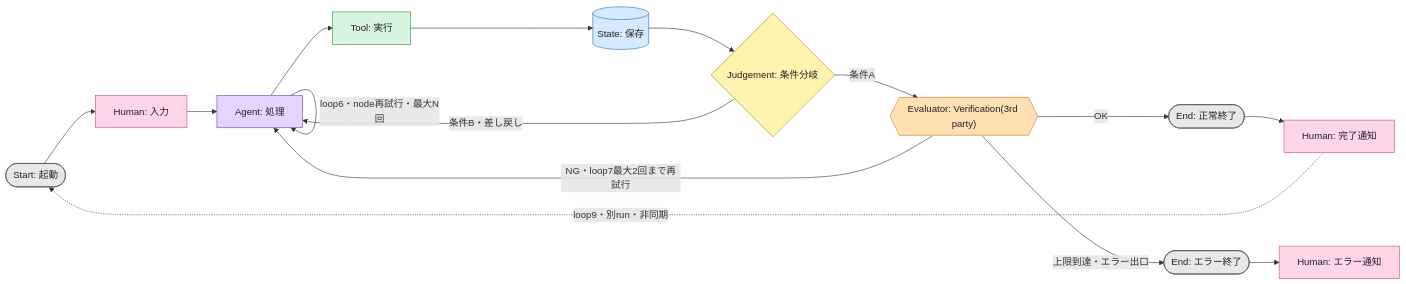
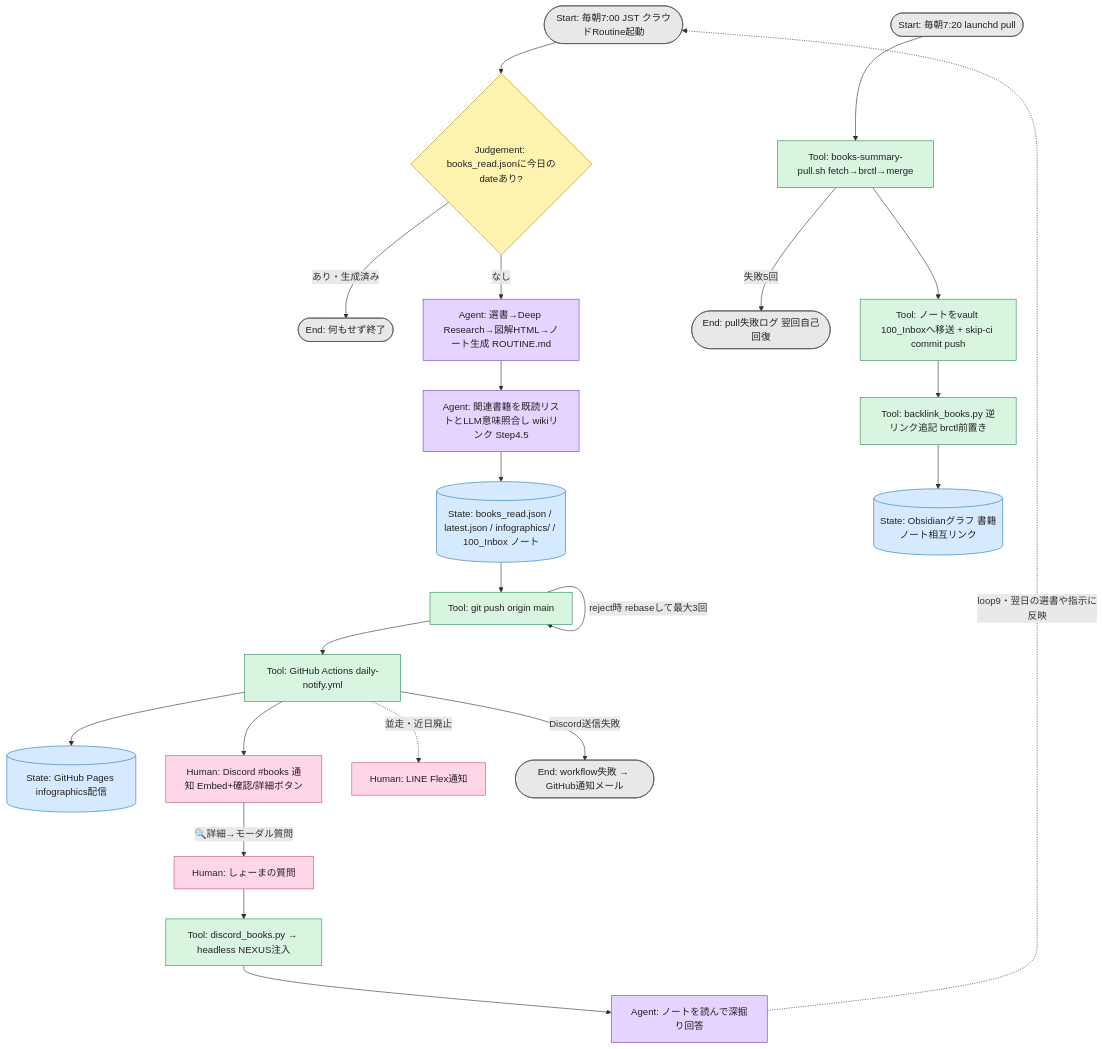
Before and after one commit to oshomadesse/books-summary: the diagram in README.md, drawn with Mermaid. The commit also changed other lines of this file and 3 other files, not shown here.

````diff
--- a/README.md
+++ b/README.md
@@ -62,27 +62,33 @@
 ```mermaid
-flowchart LR
-    %% プロジェクトごとにサンプルノードを実際のNode・Edge・Stateへ置き換える。
+flowchart TD
     %% この図はHumanがグラフを監視する唯一の場所。Node・Edge・Loop・State変更時は同じpushで必ず更新する（.claude/rules/docs-sync.md）。
-    Start([Start: 起動]):::startend --> H[Human: 入力]:::human
-    H --> A[Agent: 処理]:::agent
-    A -->|loop6・node再試行・最大N回| A
-    A --> T[Tool: 実行]:::tool
-    T --> S[(State: 保存)]:::state
-    S --> J{Judgement: 条件分岐}:::judgement
-    J -->|条件A| E{{"Evaluator: Verification(3rd party)"}}:::evaluator
-    J -->|条件B・差し戻し| A
-    E -->|OK| End([End: 正常終了]):::startend
-    E -->|NG・loop7最大2回まで再試行| A
-    E -->|上限到達・エラー出口| ErrEnd([End: エラー終了]):::startend
-    ErrEnd --> N[Human: エラー通知]:::human
-    End --> D[Human: 完了通知]:::human
-    D -.->|loop9・別run・非同期| Start
+    Start([Start: 毎朝7:00 JST クラウドRoutine起動]):::startend --> G{Judgement: books_read.jsonに今日のdateあり?}:::judgement
+    G -->|あり・生成済み| EndSkip([End: 何もせず終了]):::startend
+    G -->|なし| A[Agent: 選書→Deep Research→図解HTML→ノート生成 ROUTINE.md]:::agent
+    A --> L[Agent: 関連書籍を既読リストとLLM意味照合し wikiリンク Step4.5]:::agent
+    L --> SR[(State: books_read.json / latest.json / infographics/ / 100_Inbox ノート)]:::state
+    SR --> P[Tool: git push origin main]:::tool
+    P -->|reject時 rebaseして最大3回| P
+    P --> W[Tool: GitHub Actions daily-notify.yml]:::tool
+    W --> PG[(State: GitHub Pages infographics配信)]:::state
+    W --> DN[Human: Discord #books 通知 Embed+確認/詳細ボタン]:::human
+    W -.->|並走・近日廃止| LN[Human: LINE Flex通知]:::human
+    W -->|Discord送信失敗| ErrW([End: workflow失敗 → GitHub通知メール]):::startend
+    Start2([Start: 毎朝7:20 launchd pull]):::startend --> PU[Tool: books-summary-pull.sh fetch→brctl→merge]:::tool
+    PU -->|失敗5回| ErrP([End: pull失敗ログ 翌回自己回復]):::startend
+    PU --> MV[Tool: ノートをvault 100_Inboxへ移送 + skip-ci commit push]:::tool
+    MV --> BL[Tool: backlink_books.py 逆リンク追記 brctl前置き]:::tool
+    BL --> OB[(State: Obsidianグラフ 書籍ノート相互リンク)]:::state
+    DN -->|🔍詳細→モーダル質問| HD[Human: しょーまの質問]:::human
+    HD --> DB[Tool: discord_books.py → headless NEXUS注入]:::tool
+    DB --> DA[Agent: ノートを読んで深掘り回答]:::agent
+    DA -.->|loop9・翌日の選書や指示に反映| Start
 
     classDef agent fill:#e4d4ff,stroke:#6f42c1,color:#222
     classDef tool fill:#d7f5df,stroke:#2e8b57,color:#222
     classDef human fill:#ffd6e7,stroke:#c94f7c,color:#222
     classDef evaluator fill:#ffe0b2,stroke:#d97706,color:#222
     classDef state fill:#d6eaff,stroke:#2878b5,color:#222
     classDef judgement fill:#fff3b0,stroke:#b8860b,color:#222
     classDef startend fill:#e8e8e8,stroke:#555,color:#222
 ```
````
